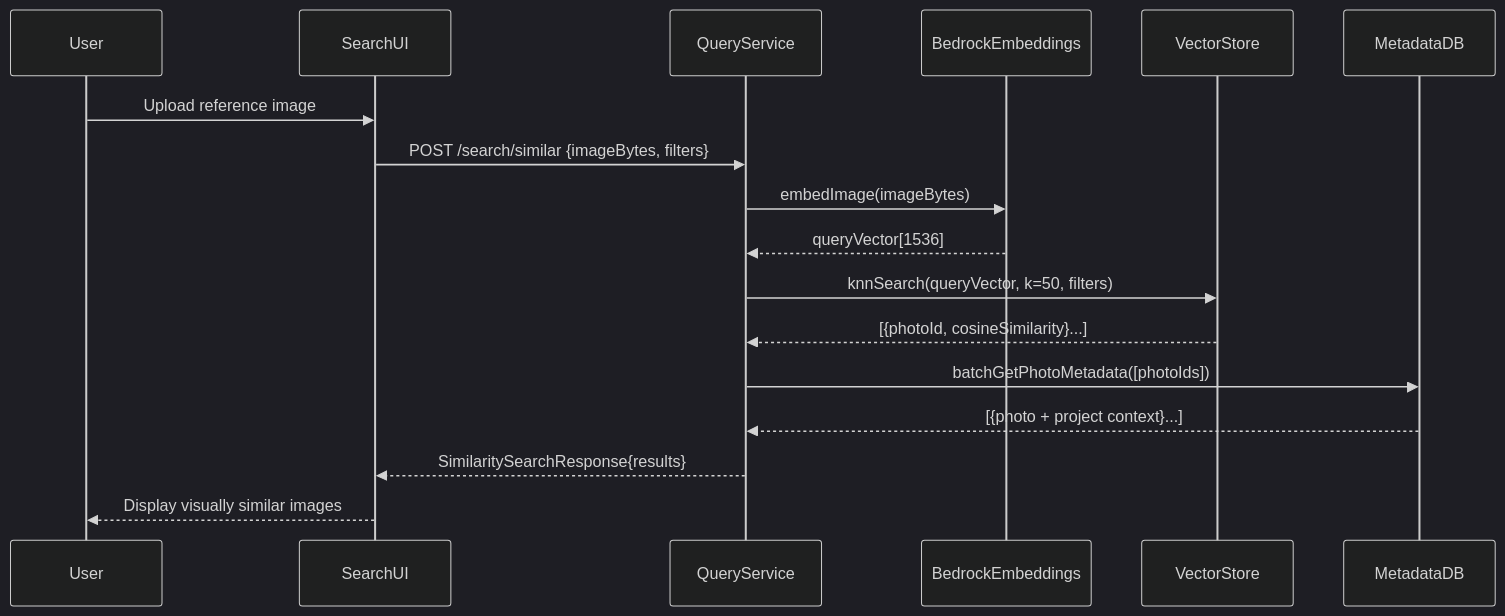
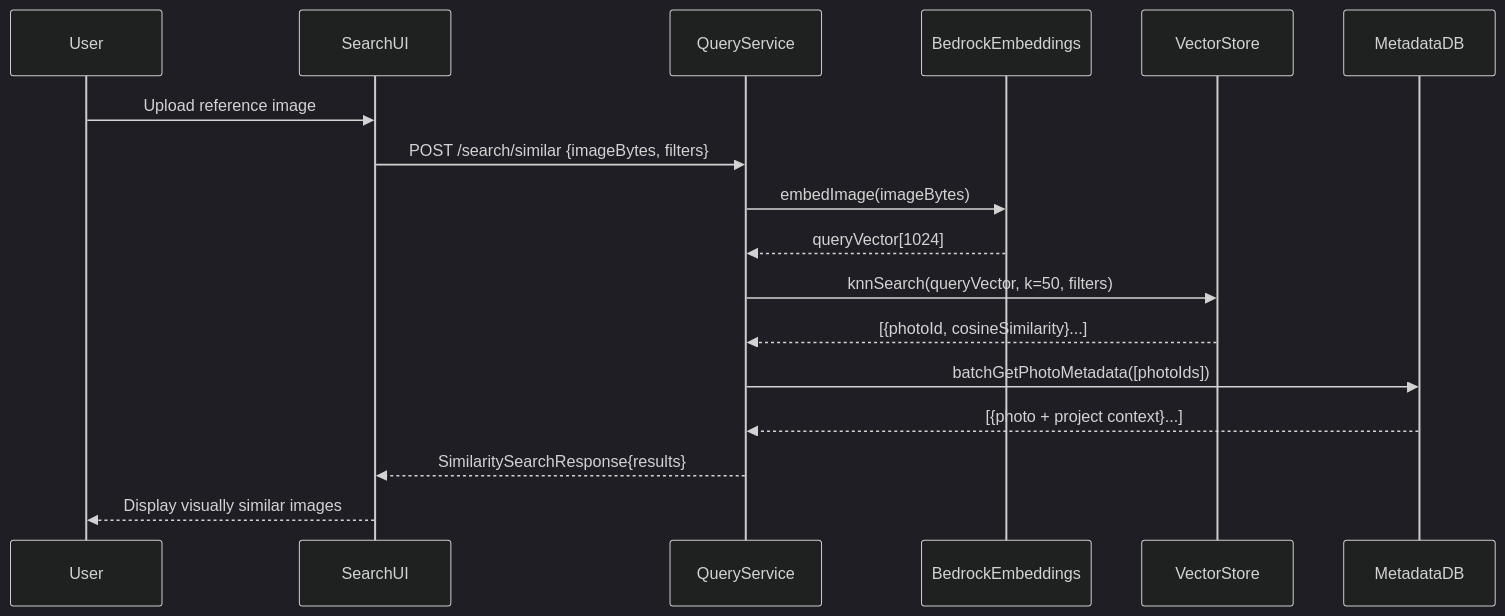
The fourth of 4 diagrams in .kiro/specs/visual-project-intelligence-search/design.md (newforma-npage/hackathon-2026), drawn with Mermaid (dark theme) before and after one commit. The commit also changed other lines of this file, not shown here.

````diff
--- a/.kiro/specs/visual-project-intelligence-search/design.md
+++ b/.kiro/specs/visual-project-intelligence-search/design.md
@@ -124,20 +124,20 @@
 ```mermaid
 sequenceDiagram
     participant User
     participant SearchUI
     participant QueryService
     participant BedrockEmbeddings
     participant VectorStore
     participant MetadataDB
 
     User->>SearchUI: Upload reference image
     SearchUI->>QueryService: POST /search/similar {imageBytes, filters}
     QueryService->>BedrockEmbeddings: embedImage(imageBytes)
-    BedrockEmbeddings-->>QueryService: queryVector[1536]
+    BedrockEmbeddings-->>QueryService: queryVector[1024]
     QueryService->>VectorStore: knnSearch(queryVector, k=50, filters)
     VectorStore-->>QueryService: [{photoId, cosineSimilarity}...]
     QueryService->>MetadataDB: batchGetPhotoMetadata([photoIds])
     MetadataDB-->>QueryService: [{photo + project context}...]
     QueryService-->>SearchUI: SimilaritySearchResponse{results}
     SearchUI-->>User: Display visually similar images
 ```
````
